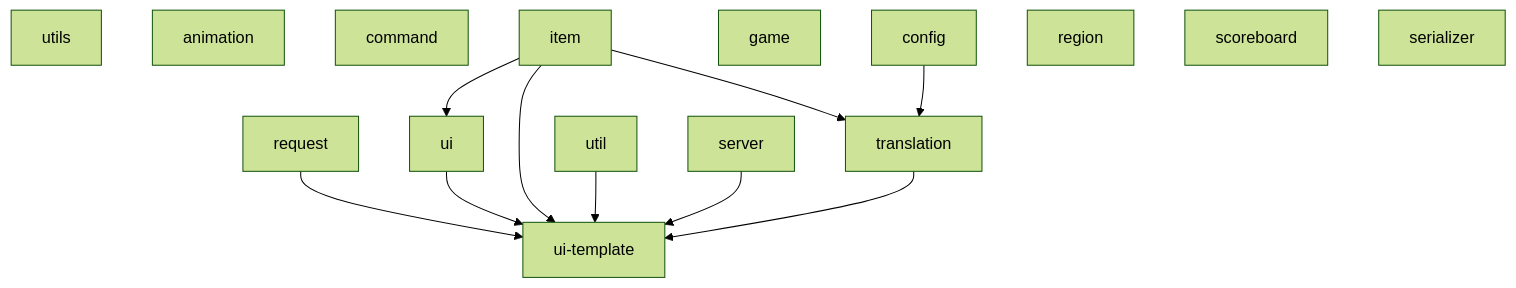
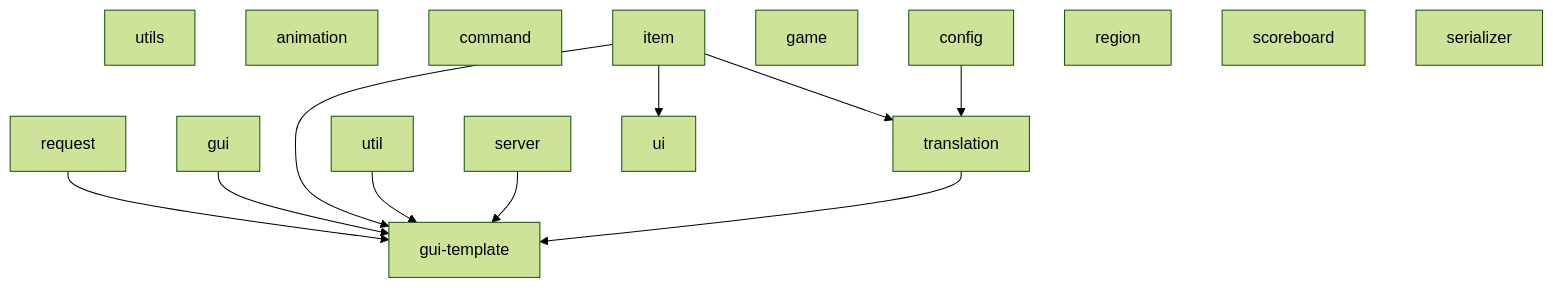
One commit to CodeDoctorDE/CodeDoctorAPI changed the diagram in README.md. Above: the diagram before and after it, drawn with Mermaid (forest theme). The commit also changed 52 other files, not shown here.

````diff
--- a/README.md
+++ b/README.md
@@ -14,28 +14,28 @@
 ```mermaid
 graph TD
   utils
   animation
   command
   config
   game
   item
   region
   request
   scoreboard
   serializer
   server
   translation
-  ui
-  ui-template
+  gui
+  gui-template
   util
   request
   item --> translation
   config --> translation
   item --> ui
-  request --> ui-template
-  ui --> ui-template
-  item --> ui-template
-  util --> ui-template
-  server --> ui-template
-  translation --> ui-template
+  request --> gui-template
+  gui --> gui-template
+  item --> gui-template
+  util --> gui-template
+  server --> gui-template
+  translation --> gui-template
 ```
````
